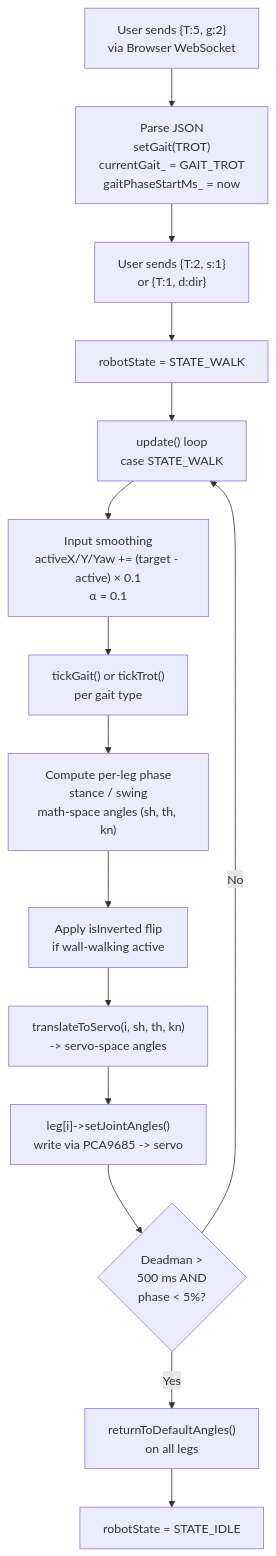
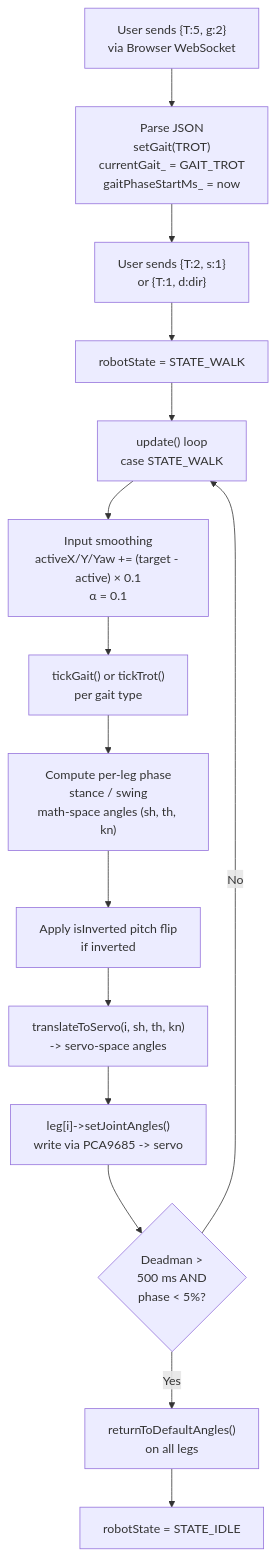
The third of 4 diagrams in wiki/reference/firmware/fsm-states.md (epfl-cs358/2026sp-FaceHugger), drawn with Mermaid before and after one commit. The commit also changed other lines of this file and 8 other files, not shown here.

````diff
--- a/wiki/reference/firmware/fsm-states.md
+++ b/wiki/reference/firmware/fsm-states.md
@@ -109,17 +115,17 @@
 ```mermaid
 flowchart TD
     A["User sends {T:5, g:2}\nvia Browser WebSocket"] --> B["Parse JSON\nsetGait(TROT)\ncurrentGait_ = GAIT_TROT\ngaitPhaseStartMs_ = now"]
     B --> C["User sends {T:2, s:1}\nor {T:1, d:dir}"]
     C --> D["robotState = STATE_WALK"]
     D --> E["update() loop\ncase STATE_WALK"]
     E --> F["Input smoothing\nactiveX/Y/Yaw += (target - active) × 0.1\nα = 0.1"]
     F --> G["tickGait() or tickTrot()\nper gait type"]
     G --> H["Compute per-leg phase\nstance / swing\nmath-space angles (sh, th, kn)"]
-    H --> I["Apply isInverted flip\nif wall-walking active"]
+    H --> I["Apply isInverted pitch flip\nif inverted"]
     I --> J["translateToServo(i, sh, th, kn)\n-> servo-space angles"]
     J --> K["leg[i]->setJointAngles()\nwrite via PCA9685 -> servo"]
     K --> L{Deadman >\n500 ms AND\nphase < 5%?}
     L -- No --> E
     L -- Yes --> M["returnToDefaultAngles()\non all legs"]
     M --> N["robotState = STATE_IDLE"]
 ```
````
